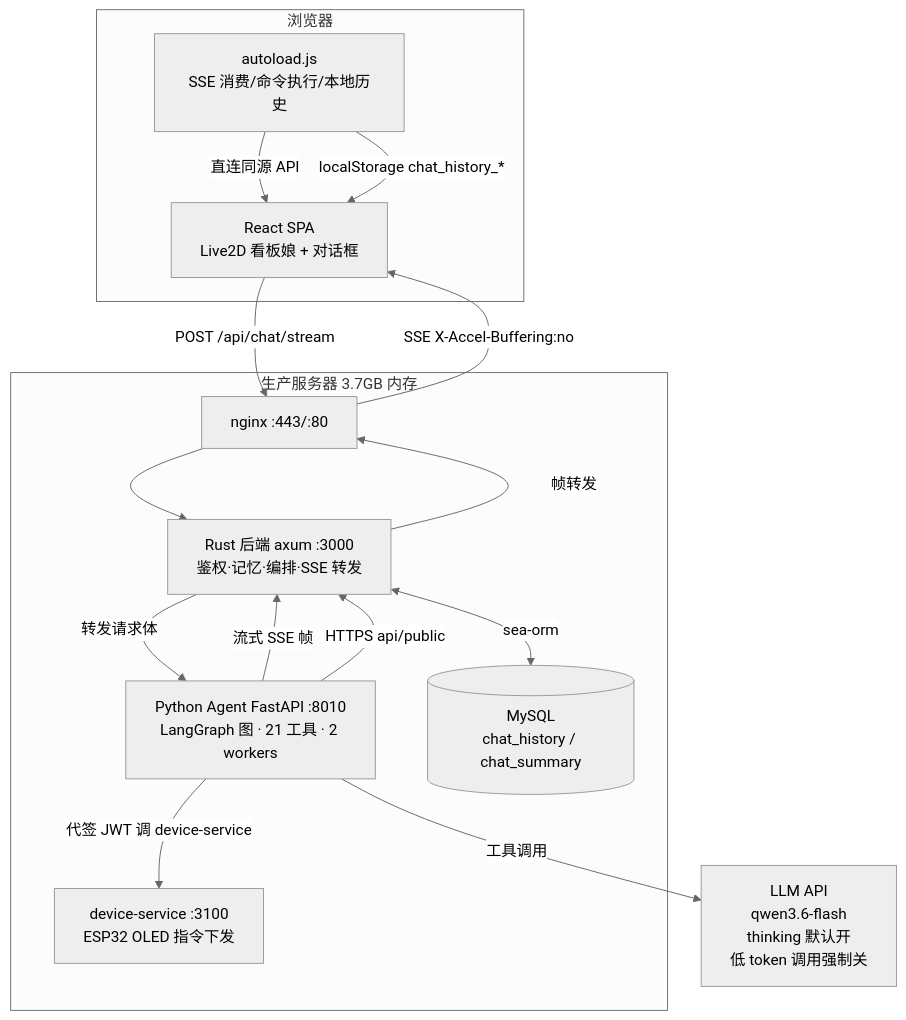
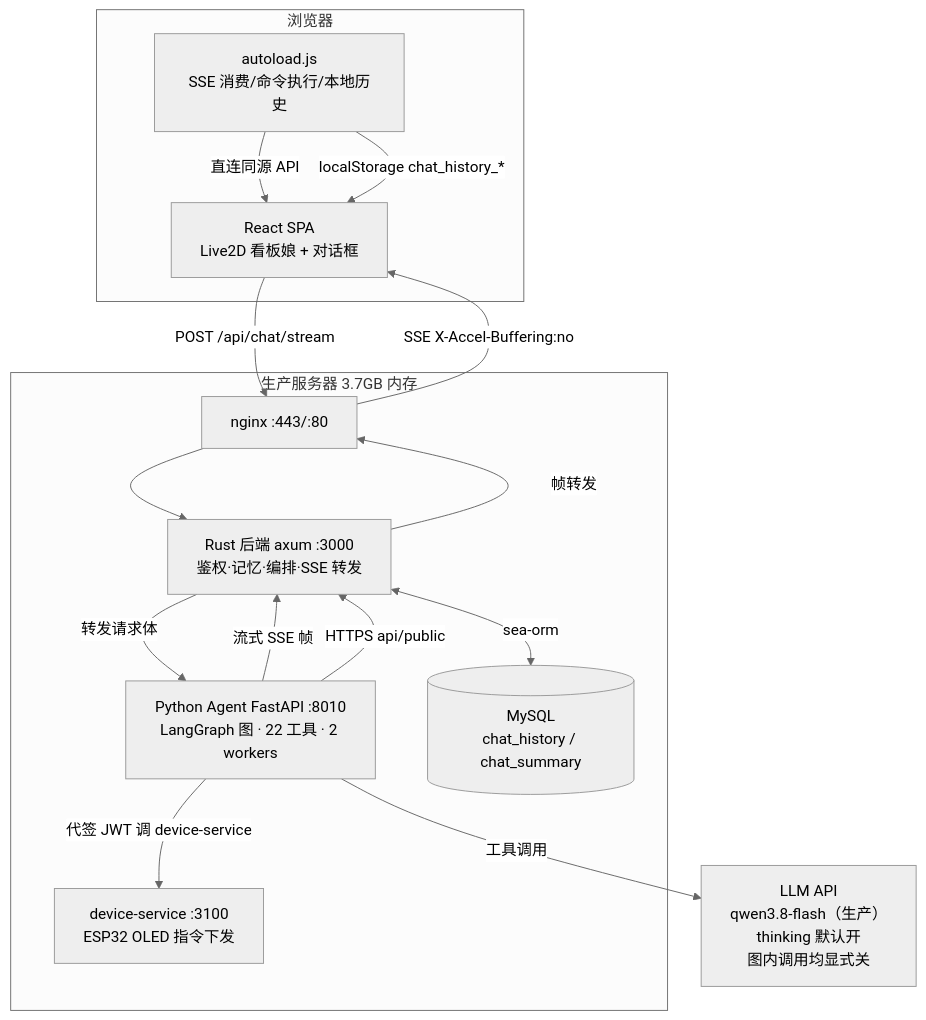
Before and after one commit to BigLeopardCat/saudade-blog-agent: the first of 5 diagrams in docs/agent-architecture.md, drawn with Mermaid (neutral theme). The commit also changed other lines of this file and 15 other files, not shown here.

````diff
--- a/docs/agent-architecture.md
+++ b/docs/agent-architecture.md
@@ -21,30 +22,30 @@
 ```mermaid
 flowchart TB
     subgraph Browser[浏览器]
         UI[React SPA<br/>Live2D 看板娘 + 对话框]
         AJS[autoload.js<br/>SSE 消费/命令执行/本地历史]
     end
 
     subgraph Server[生产服务器 3.7GB 内存]
         NGX[nginx :443/:80]
         RUST[Rust 后端 axum :3000<br/>鉴权·记忆·编排·SSE 转发]
-        AGT[Python Agent FastAPI :8010<br/>LangGraph 图 · 21 工具 · 2 workers]
+        AGT[Python Agent FastAPI :8010<br/>LangGraph 图 · 22 工具 · 2 workers]
         MYSQL[(MySQL<br/>chat_history / chat_summary)]
         DEV[device-service :3100<br/>ESP32 OLED 指令下发]
     end
 
-    LLM[LLM API<br/>qwen3.6-flash<br/>thinking 默认开<br/>低 token 调用强制关]
+    LLM[LLM API<br/>qwen3.8-flash（生产）<br/>thinking 默认开<br/>图内调用均显式关]
 
     UI -->|POST /api/chat/stream| NGX
     NGX --> RUST
     RUST -->|转发请求体| AGT
     AGT -->|流式 SSE 帧| RUST
     RUST -->|帧转发| NGX
     NGX -->|SSE X-Accel-Buffering:no| UI
     AJS -->|直连同源 API| UI
     RUST <-->|sea-orm| MYSQL
     AGT -->|工具调用| LLM
     AGT -->|HTTPS api/public| RUST
     AGT -->|代签 JWT 调 device-service| DEV
     AJS -->|localStorage chat_history_*| UI
 ```
````
